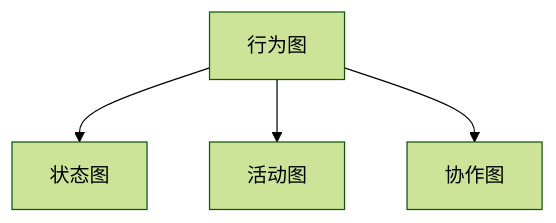
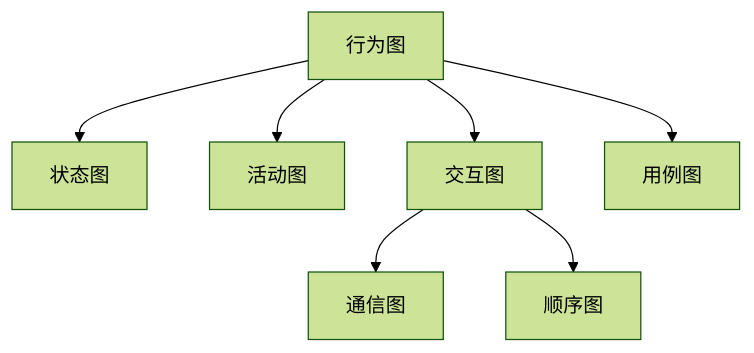
One commit to zhouxinbin/Notes changed the second of 2 diagrams in School/专业课/软件系统分析与设计.md. Above: the diagram before and after it, drawn with Mermaid (forest theme). The commit also changed other lines of this file and 2 other files, not shown here.

````diff
--- a/School/专业课/软件系统分析与设计.md
+++ b/School/专业课/软件系统分析与设计.md
@@ -130,7 +134,10 @@
 ```mermaid
 graph TD
 
 行为图 --> 状态图
 行为图 --> 活动图
-行为图 --> 协作图
+行为图 --> 交互图
+行为图 --> 用例图
+交互图 --> 通信图
+交互图 --> 顺序图
 ```
````
